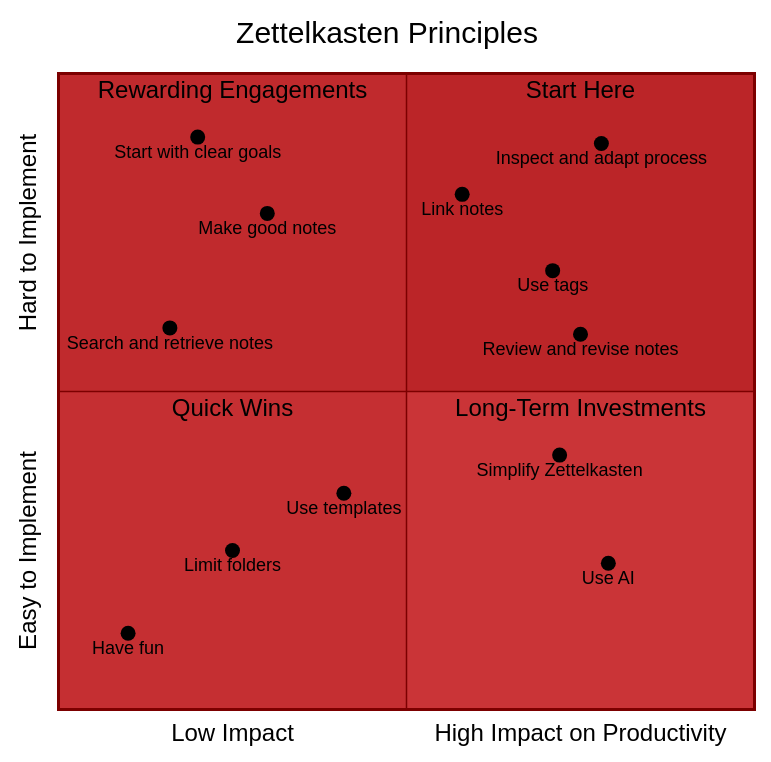
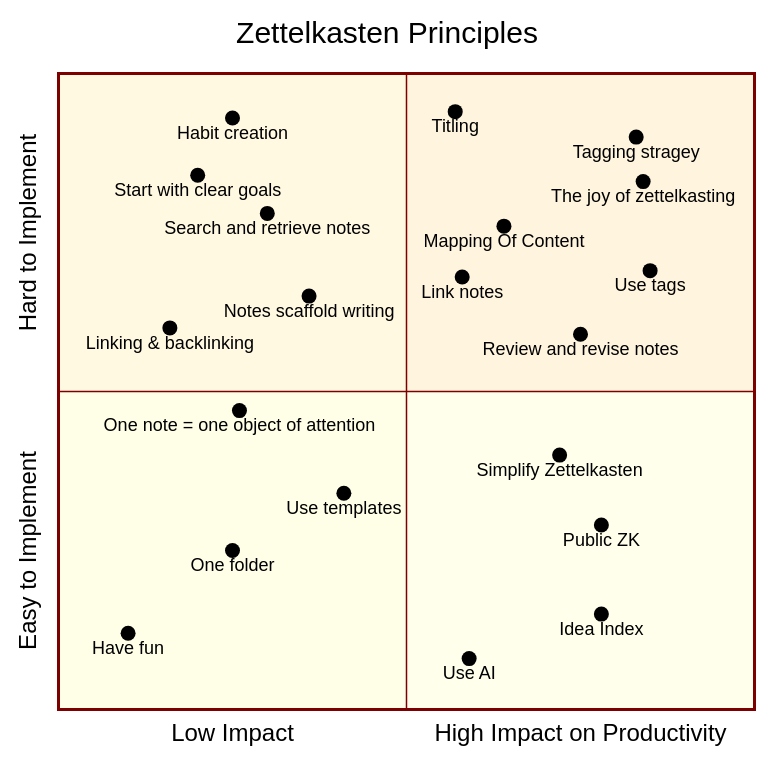
The diagram in Charts/quadrant.md (woodenzen/Zettelkasting-Tools), drawn with Mermaid before and after one commit. The commit also changed other lines of this file, not shown here.

Commit message:
chore: Update quadrant chart with additional data points

````diff
--- a/Charts/quadrant.md
+++ b/Charts/quadrant.md
@@ -2,35 +2,49 @@
 ```mermaid
 %%{
   init: {
     'theme': 'base',
     'themeVariables': {
-      'primaryColor': '#BB2528',
+      'primaryColor': '#fff4dd',
       'primaryTextColor': '#000',
       'primaryBorderColor': '#7C0000',
       'lineColor': '#F8B229',
       'secondaryColor': '#006100',
-      'tertiaryColor': '#fff'
+      'tertiaryColor': '#fff',
+      'pointTextPadding': '12',
+      'pointRadius': '3'
     }
   }
 }%%
 quadrantChart
     title Zettelkasten Principles
     x-axis Low Impact --> High Impact on Productivity  
     y-axis Easy to Implement --> Hard to Implement  
-    quadrant-1 Start Here
-    quadrant-2 Rewarding Engagements
-    quadrant-3 Quick Wins
-    quadrant-4 Long-Term Investments
-    Start with clear goals: [0.20, 0.90]
-    Make good notes: [0.30, 0.78]
-    Search and retrieve notes: [0.16, 0.60]
+  
+    Start with clear goals: [0.20, 0.84]
+    Search and retrieve notes: [0.30, 0.78]
+    Linking & backlinking: [0.16, 0.60]
+    Notes scaffold writing: [0.36, 0.65]
+
     Use templates: [0.41, 0.34]
-    Limit folders: [0.25, 0.25]
     Have fun: [0.10, 0.12]
-	Inspect and adapt process: [0.78, 0.89]
-	Link notes: [0.58, 0.81]
-	Use tags: [0.71, 0.69]
-	Review and revise notes: [0.75, 0.59]
-	Simplify Zettelkasten: [0.72, 0.40]
-	Use AI: [0.79, 0.23]
+    One folder: [0.25, 0.25]
+    One note = one object of attention: [0.26, 0.47]
+    Habit creation: [0.25, 0.93]
+
+    The joy of zettelkasting: [0.84, 0.83]
+    Tagging stragey: [0.83, 0.90]
+    Mapping Of Content: [0.64, 0.76]
+    Titling: [0.57, 0.94]
+    Link notes: [0.58, 0.68]
+    Use tags: [0.85, 0.69]
+    Review and revise notes: [0.75, 0.59]
+
+
+    Public ZK: [0.78, 0.29]
+    Idea Index: [0.78, 0.15]
+    Simplify Zettelkasten: [0.72, 0.40]
+    Use AI: [0.59, 0.08]
+
+  
+
 ```
````
